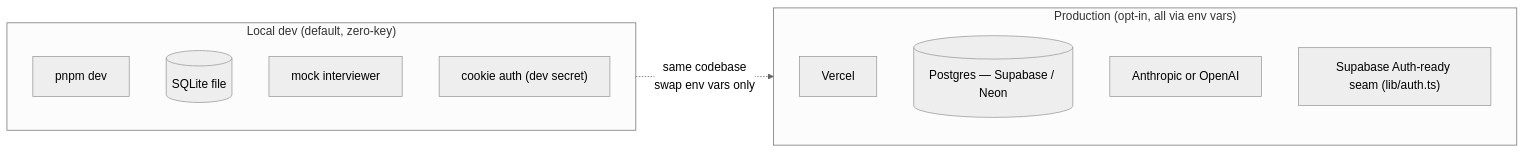
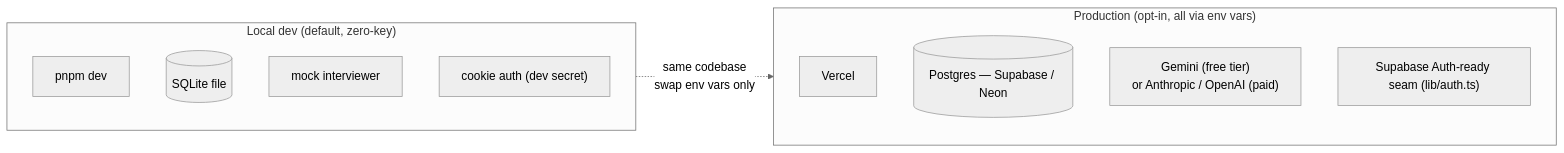
One commit to pr4t3ek/FAKEcases changed the seventh of 7 diagrams in docs/ARCHITECTURE.md. Above: the diagram before and after it, drawn with Mermaid (neutral theme). The commit also changed other lines of this file and 26 other files, not shown here.

````diff
--- a/docs/ARCHITECTURE.md
+++ b/docs/ARCHITECTURE.md
@@ -311,18 +340,18 @@
 ```mermaid
 flowchart LR
     subgraph Local["Local dev (default, zero-key)"]
         L1["pnpm dev"]
         L2[("SQLite file")]
         L3["mock interviewer"]
         L4["cookie auth (dev secret)"]
     end
 
     subgraph Prod["Production (opt-in, all via env vars)"]
         P1["Vercel"]
         P2[("Postgres — Supabase / Neon")]
-        P3["Anthropic or OpenAI"]
+        P3["Gemini (free tier)\nor Anthropic / OpenAI (paid)"]
         P4["Supabase Auth-ready seam (lib/auth.ts)"]
     end
 
     Local -. "same codebase\nswap env vars only" .-> Prod
 ```
````
